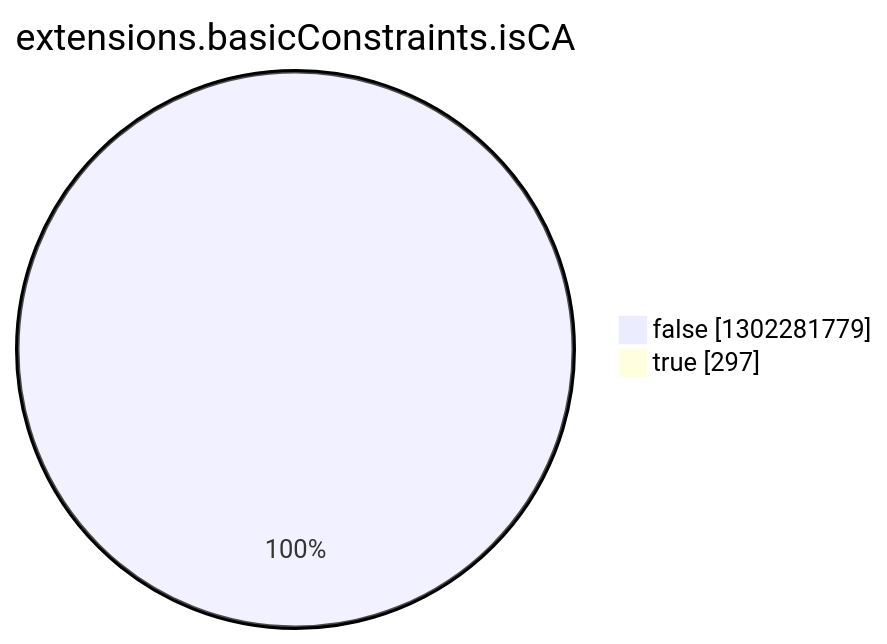
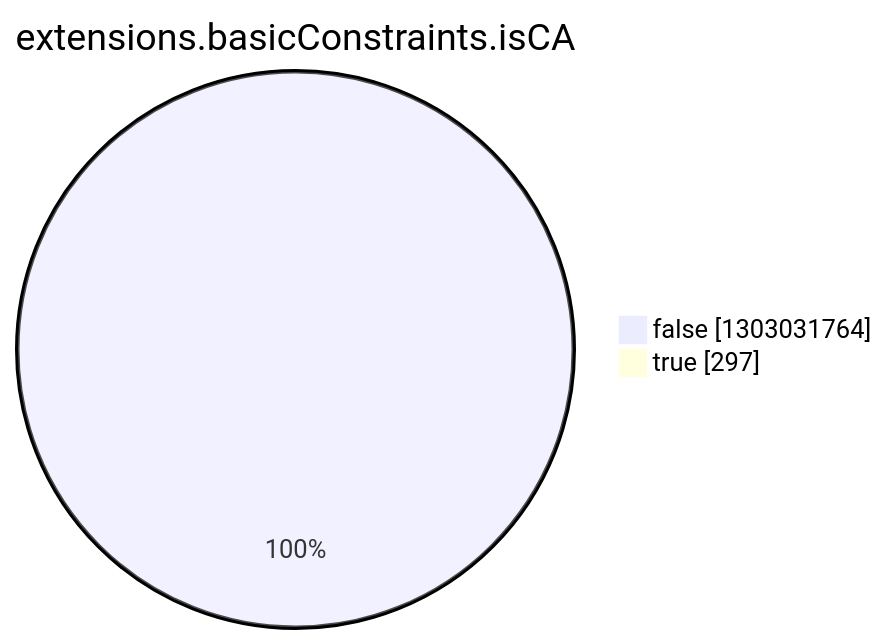
Before and after one commit to christiankrug/ctmonitor_visualization: the eighth of 15 diagrams in argon2022/README.md, drawn with Mermaid. The commit also changed other lines of this file, not shown here.

````diff
--- a/argon2022/README.md
+++ b/argon2022/README.md
@@ -2757,6 +2757,6 @@
 ```mermaid
 pie showData
 title extensions.basicConstraints.isCA
-"false" :1302281779
+"false" :1303031764
 "true" :297
 ```
````
